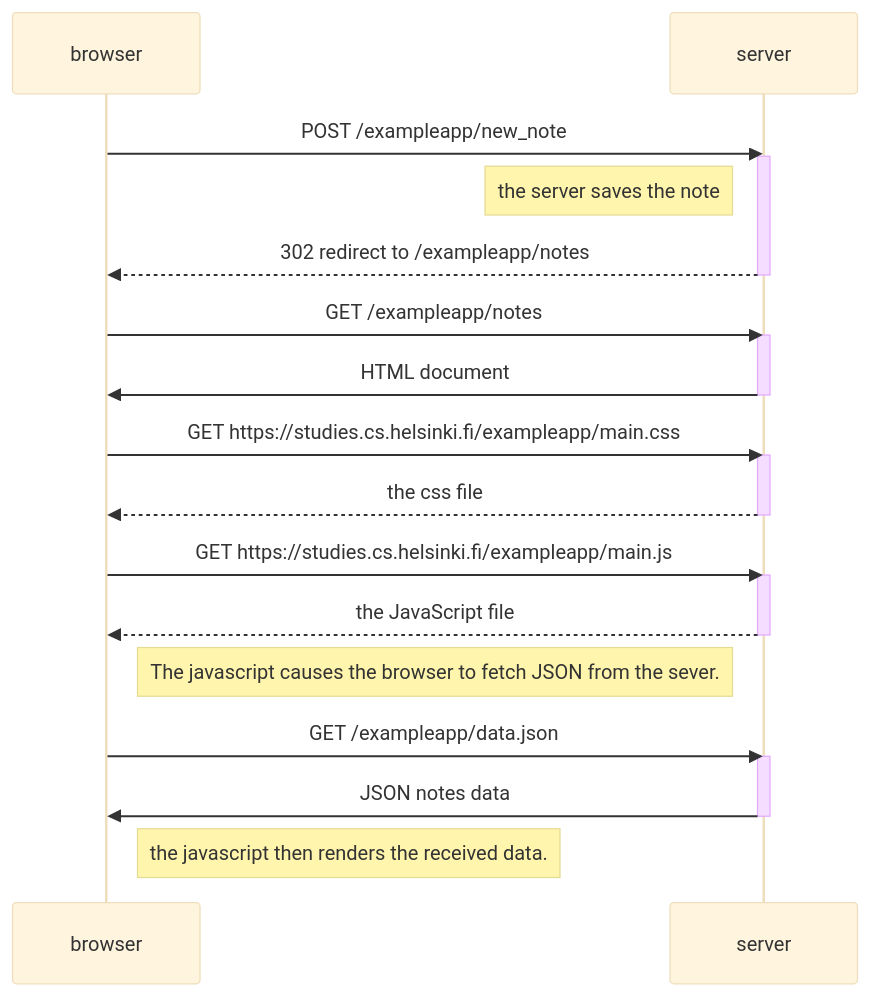
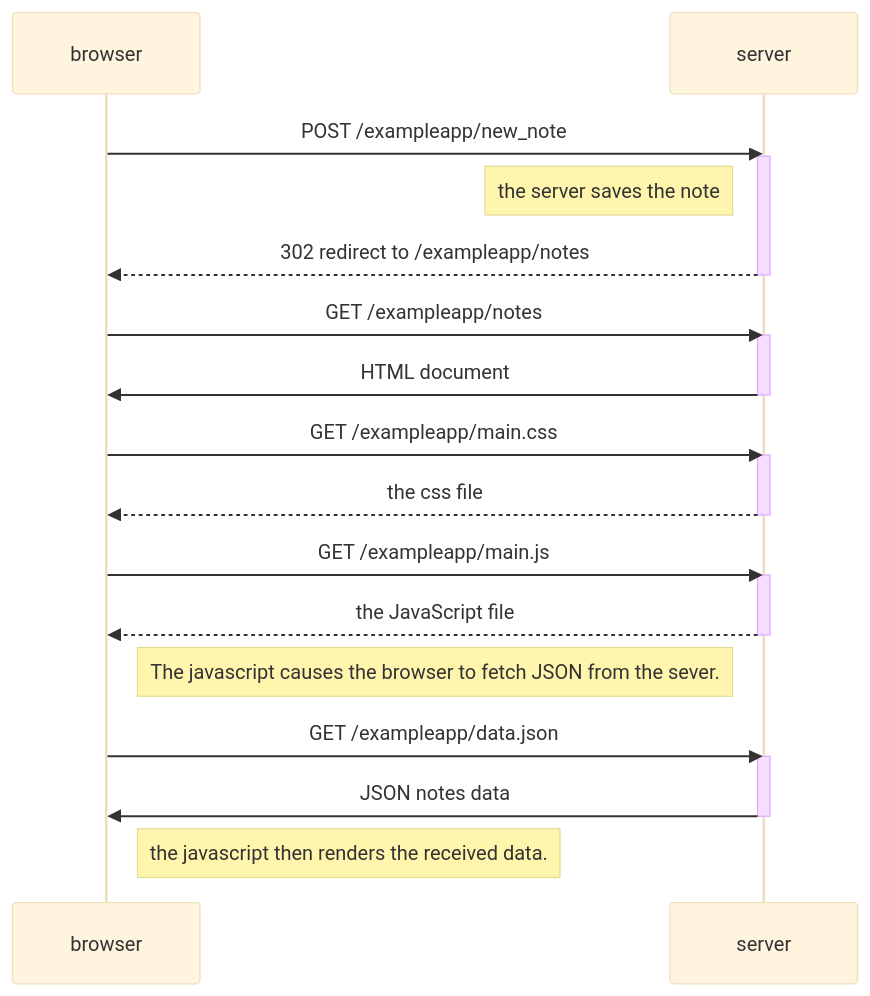
Before and after one commit to dalygbarron/fullstackopen: the diagram in 0/4.md, drawn with Mermaid (base theme).

Commit message:
consistent urls in 0.4

````diff
--- a/0/4.md
+++ b/0/4.md
@@ -1,35 +1,35 @@
 ```mermaid
 sequenceDiagram
     participant browser
     participant server
 
     browser->>server: POST /exampleapp/new_note
     activate server
     Note left of server: the server saves the note
     server-->>browser: 302 redirect to /exampleapp/notes
     deactivate server
 
     browser->>server: GET /exampleapp/notes
     activate server
     server->>browser: HTML document
     deactivate server
 
-    browser->>server: GET https://studies.cs.helsinki.fi/exampleapp/main.css
+    browser->>server: GET /exampleapp/main.css
     activate server
     server-->>browser: the css file
     deactivate server
 
-    browser->>server: GET https://studies.cs.helsinki.fi/exampleapp/main.js
+    browser->>server: GET /exampleapp/main.js
     activate server
     server-->>browser: the JavaScript file
     deactivate server
 
     Note right of browser: The javascript causes the browser to fetch JSON from the sever.
 
     browser->>server: GET /exampleapp/data.json
     activate server
     server->>browser: JSON notes data
     deactivate server
 
     Note right of browser: the javascript then renders the received data.
 ```
````
